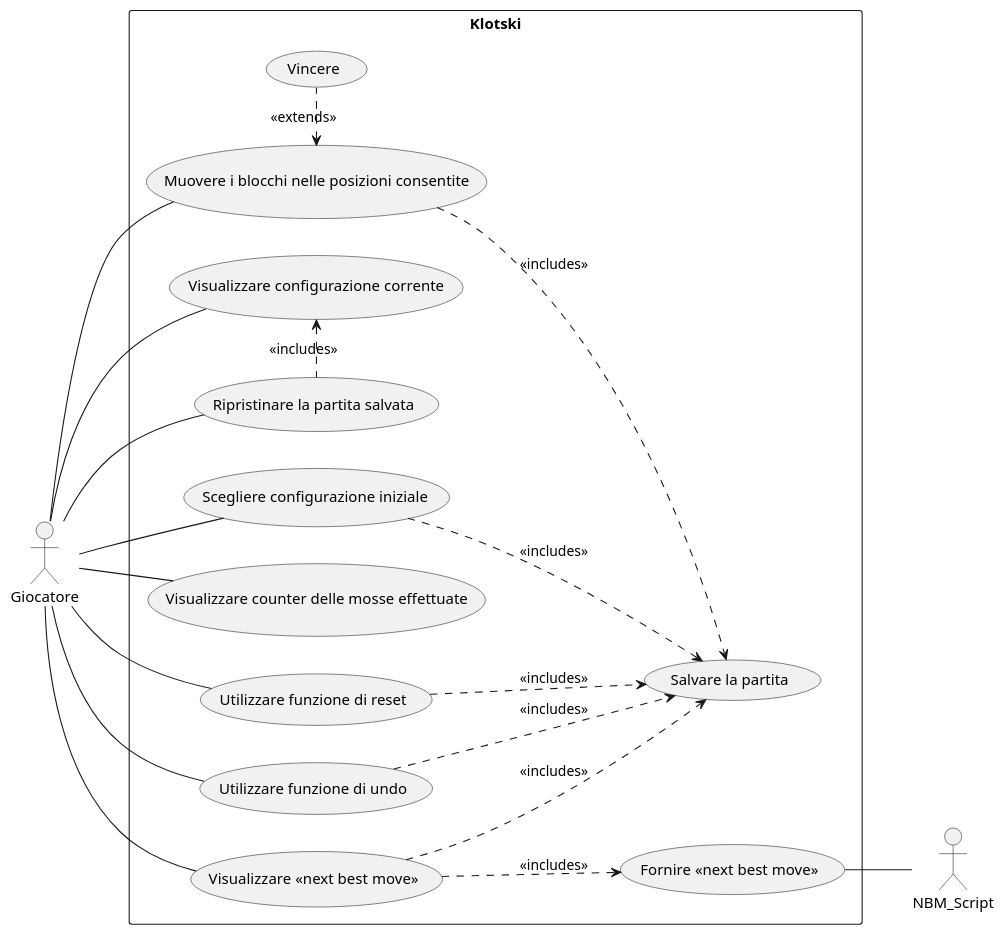
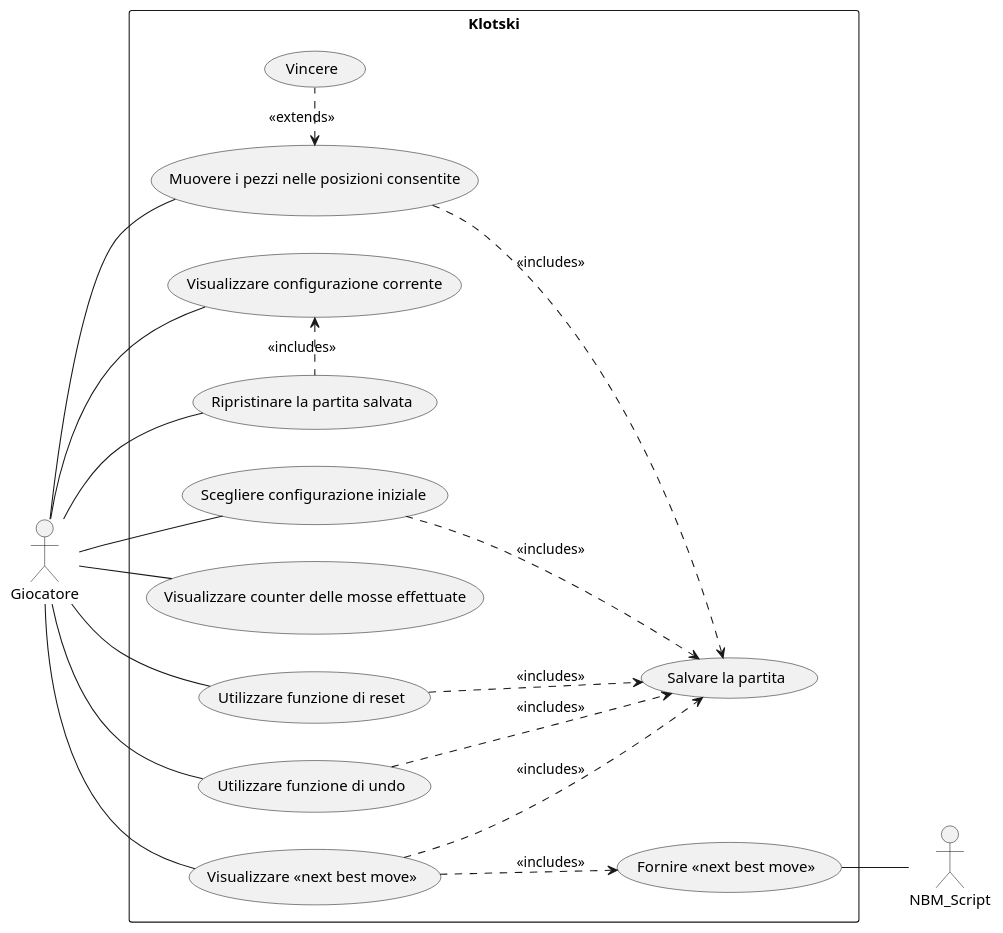
Before and after one commit to bellins14/klotski_gruppo2: the diagram in resources/Use_Cases.md, drawn with PlantUML. The commit also changed other lines of this file, not shown here.

````diff
--- a/resources/Use_Cases.md
+++ b/resources/Use_Cases.md
@@ -414,42 +414,42 @@
 ```plantuml
 @startuml
 
 left to right direction
 
 actor Giocatore
 actor NBM_Script
 
 rectangle "Klotski" {
   usecase "Visualizzare configurazione corrente" as current_conf
   usecase "Scegliere configurazione iniziale" as init_conf
   usecase "Visualizzare counter delle mosse effettuate" as counter
   usecase "Ripristinare la partita salvata" as restore
   usecase "Salvare la partita" as update_log
-  usecase "Muovere i blocchi nelle posizioni consentite" as move
+  usecase "Muovere i pezzi nelle posizioni consentite" as move
   usecase "Vincere" as win
   usecase "Utilizzare funzione di reset" as reset
   usecase "Utilizzare funzione di undo" as undo
   usecase "Fornire «next best move»" as make_nbm
   usecase "Visualizzare «next best move»" as nbm
 }
 
 Giocatore -- current_conf
 Giocatore -- init_conf
 init_conf -down[dashed]-> update_log: "<<includes>>"
 Giocatore -- move
 move -[dashed]-> update_log: "<<includes>>"
 move <-[dashed]right- win: "<<extends>>"
 Giocatore -- counter
 Giocatore -- reset
 reset -[dashed]-> update_log: "<<includes>>"
 Giocatore -- undo
 undo -[dashed]-> update_log: "<<includes>>"
 Giocatore -- nbm
 Giocatore -- restore
 restore -left[dashed]-> current_conf: "<<includes>>"
 NBM_Script -up- make_nbm
 nbm -[dashed]-> make_nbm: "<<includes>>"
 nbm -[dashed]-> update_log: "<<includes>>"
 
 @enduml
 ```
````
